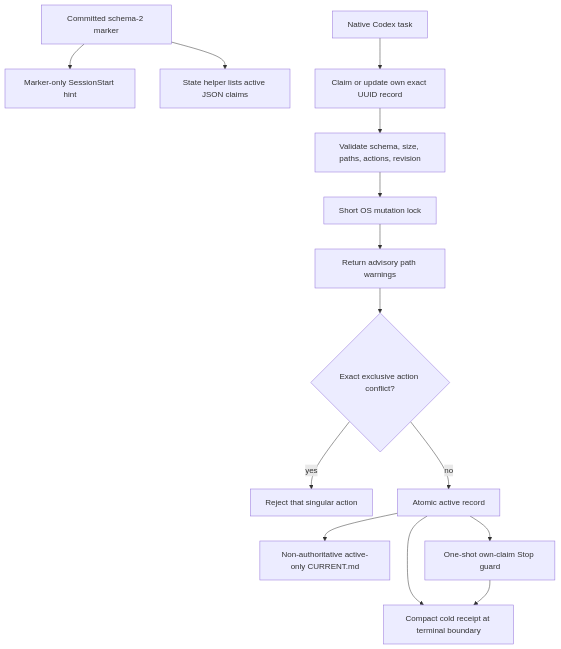
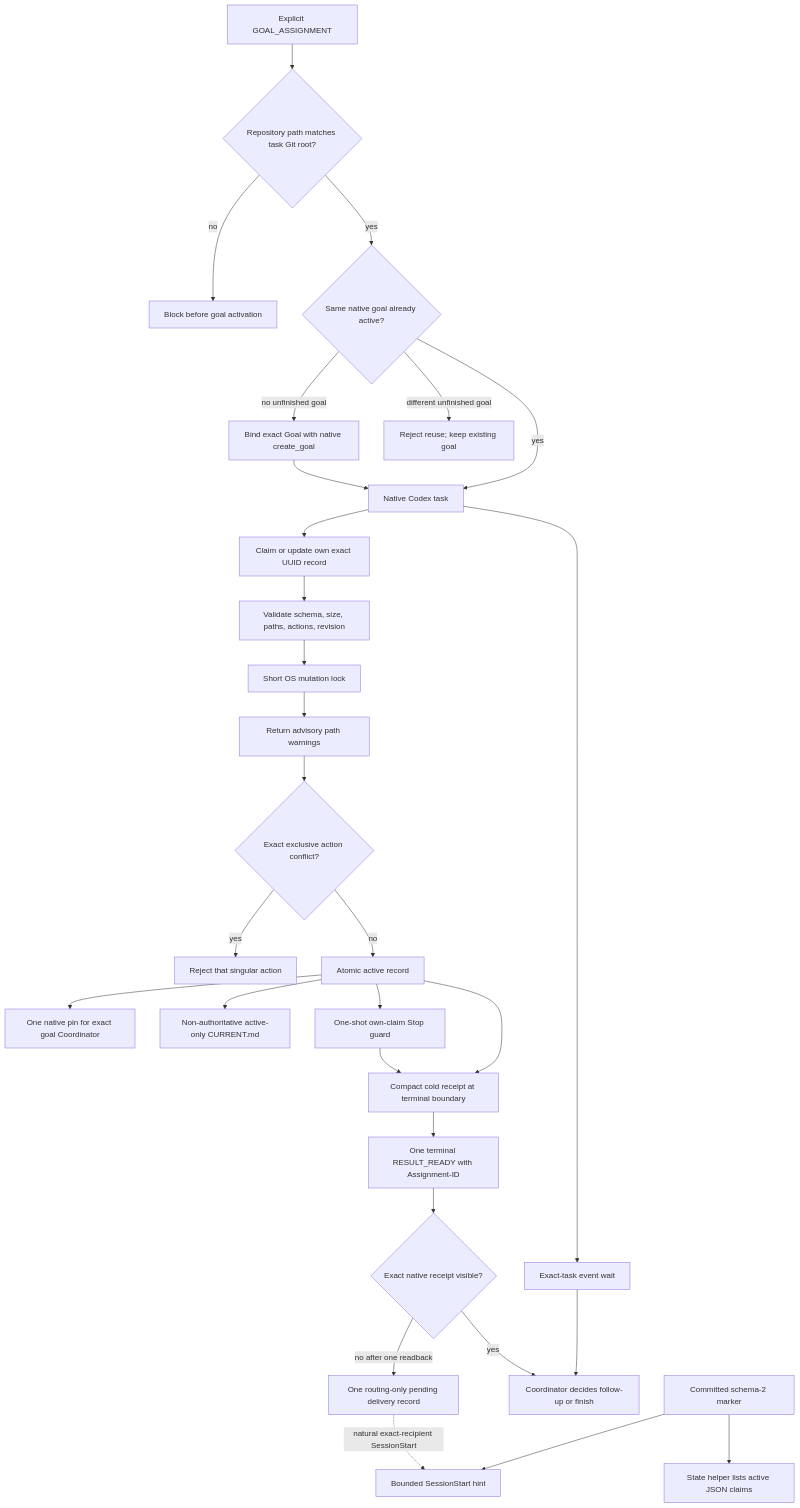
One commit to eyeinthesky6/codex-coordinator changed the diagram in docs/codebase/ARCHITECTURE.md. Above: the diagram before and after it, drawn with Mermaid. The commit also changed other lines of this file and 68 other files, not shown here.

````diff
--- a/docs/codebase/ARCHITECTURE.md
+++ b/docs/codebase/ARCHITECTURE.md
@@ -22,16 +26,31 @@
 ```mermaid
 flowchart TD
-    M["Committed schema-2 marker"] --> H["Marker-only SessionStart hint"]
+    U["Explicit GOAL_ASSIGNMENT"] --> Q{"Repository path matches task Git root?"}
+    Q -- "no" --> B["Block before goal activation"]
+    Q -- "yes" --> GQ{"Same native goal already active?"}
+    GQ -- "yes" --> T
+    GQ -- "no unfinished goal" --> NG["Bind exact Goal with native create_goal"]
+    GQ -- "different unfinished goal" --> BU["Reject reuse; keep existing goal"]
+    NG --> T
+    M["Committed schema-2 marker"] --> H["Bounded SessionStart hint"]
     M --> L["State helper lists active JSON claims"]
     T["Native Codex task"] --> C["Claim or update own exact UUID record"]
     C --> V["Validate schema, size, paths, actions, revision"]
     V --> K["Short OS mutation lock"]
     K --> W["Return advisory path warnings"]
     W --> X{"Exact exclusive action conflict?"}
     X -- "yes" --> S["Reject that singular action"]
     X -- "no" --> A["Atomic active record"]
+    A --> PI["One native pin for exact goal Coordinator"]
     A --> P["Non-authoritative active-only CURRENT.md"]
     A --> R["Compact cold receipt at terminal boundary"]
     A --> G["One-shot own-claim Stop guard"]
     G --> R
+    R --> N["One terminal RESULT_READY with Assignment-ID"]
+    T --> E["Exact-task event wait"]
+    E --> F["Coordinator decides follow-up or finish"]
+    N --> D{"Exact native receipt visible?"}
+    D -- "yes" --> F
+    D -- "no after one readback" --> PN["One routing-only pending delivery record"]
+    PN -. "natural exact-recipient SessionStart" .-> H
 ```
````
